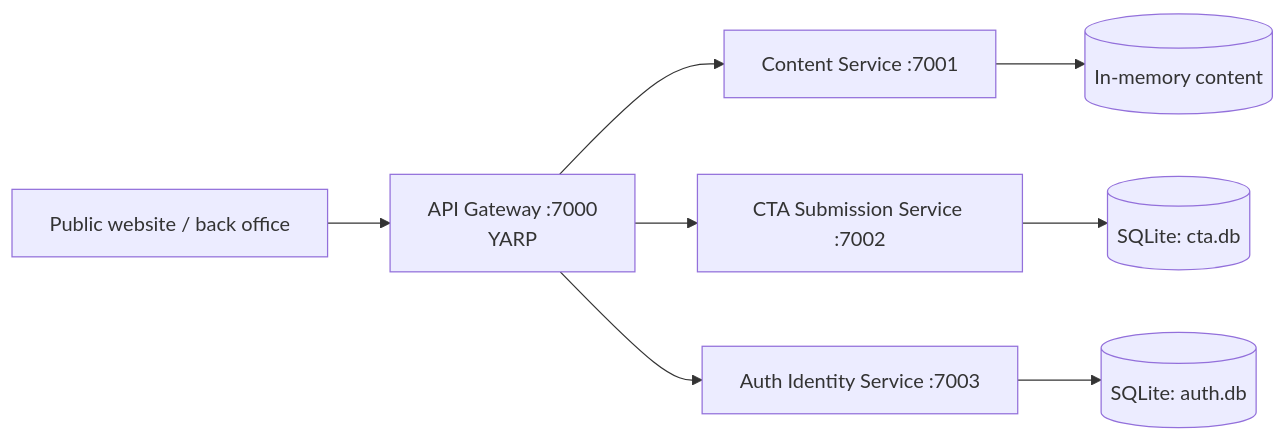
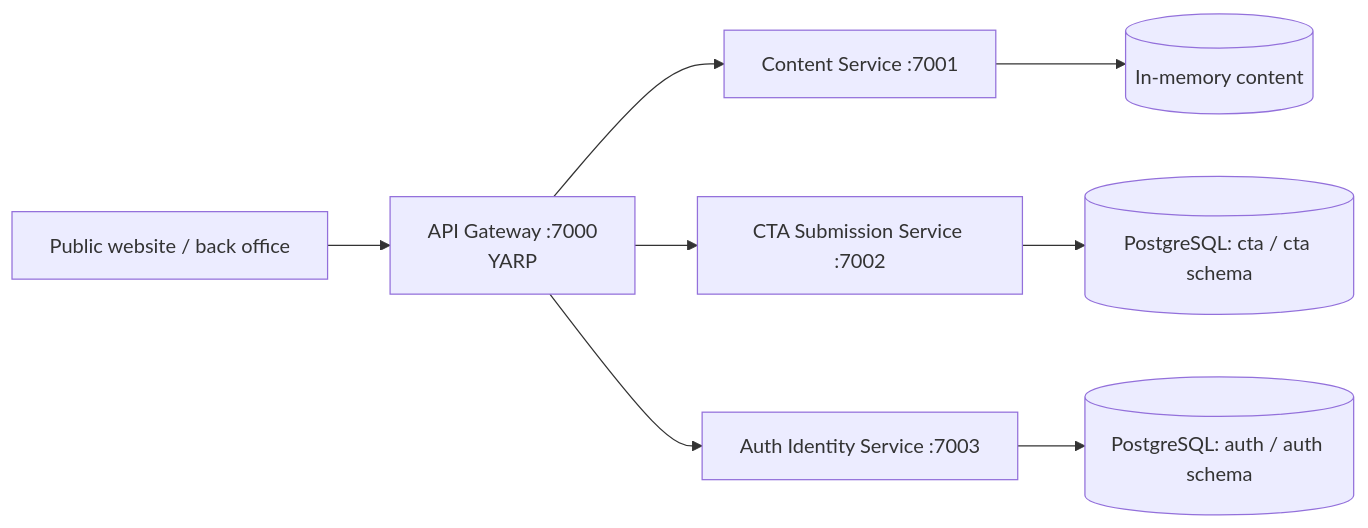
The diagram in README.md (DevCastBD/KJWebsite.Backend), drawn with Mermaid before and after one commit. The commit also changed other lines of this file and 23 other files, not shown here.

First line of the commit message:
feat(db): complete PostgreSQL 17 migration (#21)

````diff
--- a/README.md
+++ b/README.md
@@ -41,10 +41,10 @@
 ```mermaid
 flowchart LR
     Public[Public website / back office] --> Gateway[API Gateway :7000\nYARP]
     Gateway --> Content[Content Service :7001]
     Gateway --> CTA[CTA Submission Service :7002]
     Gateway --> Auth[Auth Identity Service :7003]
     Content --> Memory[(In-memory content)]
-    CTA --> CtaDb[(SQLite: cta.db)]
-    Auth --> AuthDb[(SQLite: auth.db)]
+    CTA --> CtaDb[(PostgreSQL: cta / cta schema)]
+    Auth --> AuthDb[(PostgreSQL: auth / auth schema)]
 ```
````
